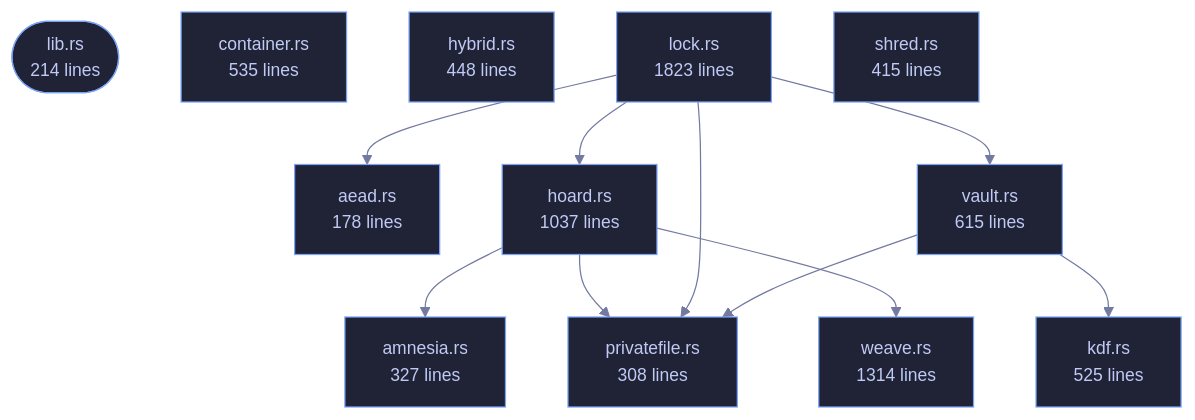
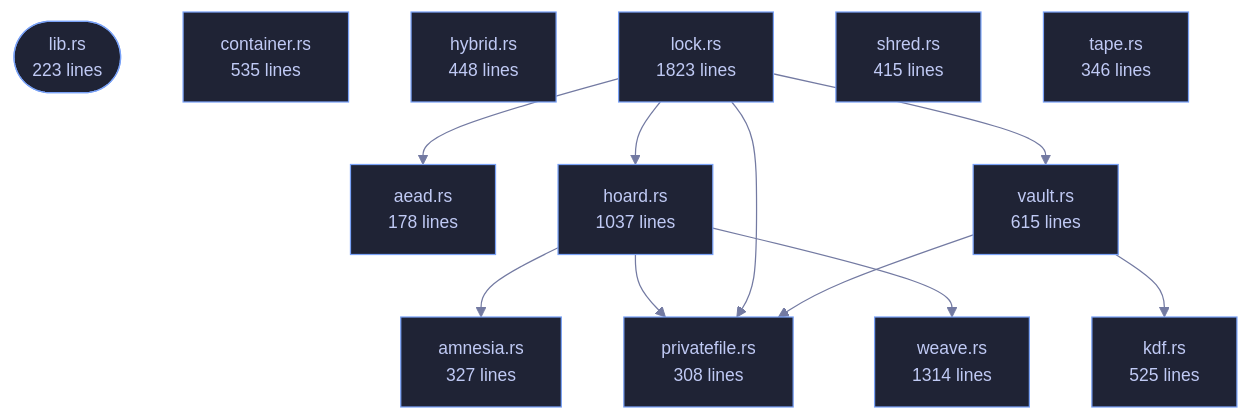
Before and after one commit to tilas01/veilvoice: the diagram in wiki/Crate-veilvoice-crypto.md, drawn with Mermaid. The commit also changed other lines of this file and 69 other files, not shown here.

````diff
--- a/wiki/Crate-veilvoice-crypto.md
+++ b/wiki/Crate-veilvoice-crypto.md
@@ -95,37 +95,39 @@
 ```mermaid
 %%{init: {"theme":"base","themeVariables":{"background":"#1a1b26","primaryColor":"#1f2335","primaryTextColor":"#c0caf5","primaryBorderColor":"#7aa2f7","secondaryColor":"#16161e","tertiaryColor":"#16161e","lineColor":"#737aa2","textColor":"#c0caf5","mainBkg":"#1f2335","nodeBorder":"#7aa2f7","clusterBkg":"#16161e","clusterBorder":"#2f3549","fontFamily":"ui-monospace, SFMono-Regular, Consolas, monospace","fontSize":"14px"}}}%%
 flowchart TD
-    n_lib(["lib.rs<br/>214 lines"])
+    n_lib(["lib.rs<br/>223 lines"])
     n_aead["aead.rs<br/>178 lines"]
     n_amnesia["amnesia.rs<br/>327 lines"]
     n_container["container.rs<br/>535 lines"]
     n_hoard["hoard.rs<br/>1037 lines"]
     n_hybrid["hybrid.rs<br/>448 lines"]
     n_kdf["kdf.rs<br/>525 lines"]
     n_lock["lock.rs<br/>1823 lines"]
     n_privatefile["privatefile.rs<br/>308 lines"]
     n_shred["shred.rs<br/>415 lines"]
+    n_tape["tape.rs<br/>346 lines"]
     n_vault["vault.rs<br/>615 lines"]
     n_weave["weave.rs<br/>1314 lines"]
     n_hoard --> n_amnesia
     n_hoard --> n_privatefile
     n_hoard --> n_weave
     n_lock --> n_aead
     n_lock --> n_hoard
     n_lock --> n_privatefile
     n_lock --> n_vault
     n_vault --> n_kdf
     n_vault --> n_privatefile
     click n_lib href "https://github.com/tilas01/veilvoice/blob/main/crates/veilvoice-crypto/src/lib.rs" "open the source"
     click n_aead href "https://github.com/tilas01/veilvoice/blob/main/crates/veilvoice-crypto/src/aead.rs" "open the source"
     click n_amnesia href "https://github.com/tilas01/veilvoice/blob/main/crates/veilvoice-crypto/src/amnesia.rs" "open the source"
     click n_container href "https://github.com/tilas01/veilvoice/blob/main/crates/veilvoice-crypto/src/container.rs" "open the source"
     click n_hoard href "https://github.com/tilas01/veilvoice/blob/main/crates/veilvoice-crypto/src/hoard.rs" "open the source"
     click n_hybrid href "https://github.com/tilas01/veilvoice/blob/main/crates/veilvoice-crypto/src/hybrid.rs" "open the source"
     click n_kdf href "https://github.com/tilas01/veilvoice/blob/main/crates/veilvoice-crypto/src/kdf.rs" "open the source"
     click n_lock href "https://github.com/tilas01/veilvoice/blob/main/crates/veilvoice-crypto/src/lock.rs" "open the source"
     click n_privatefile href "https://github.com/tilas01/veilvoice/blob/main/crates/veilvoice-crypto/src/privatefile.rs" "open the source"
     click n_shred href "https://github.com/tilas01/veilvoice/blob/main/crates/veilvoice-crypto/src/shred.rs" "open the source"
+    click n_tape href "https://github.com/tilas01/veilvoice/blob/main/crates/veilvoice-crypto/src/tape.rs" "open the source"
     click n_vault href "https://github.com/tilas01/veilvoice/blob/main/crates/veilvoice-crypto/src/vault.rs" "open the source"
     click n_weave href "https://github.com/tilas01/veilvoice/blob/main/crates/veilvoice-crypto/src/weave.rs" "open the source"
 ```
````
